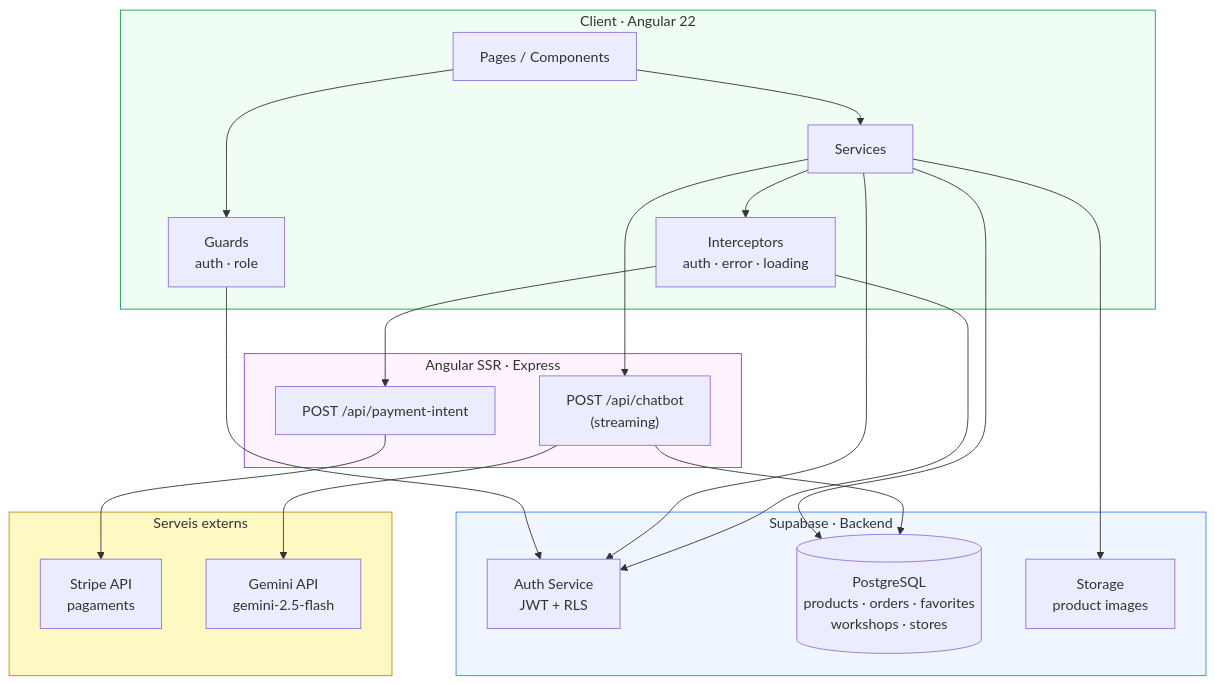
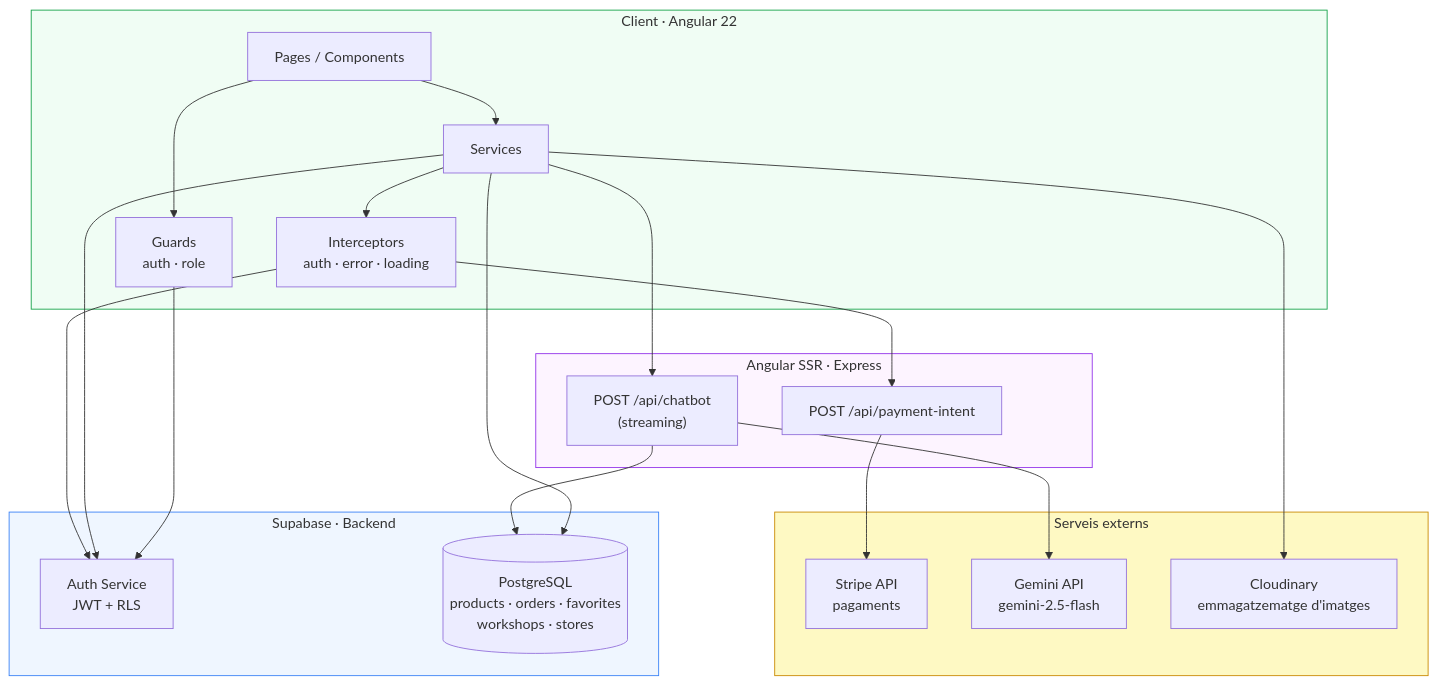
One commit to isahun/winter-garden changed the first of 8 diagrams in DIAGRAMS.md. Above: the diagram before and after it, drawn with Mermaid. The commit also changed 1 other file, not shown here.

Commit message:
docs(diagrams): remove diagrams file with mermaid code from .gitignore, ctrl shift v to visualize

````diff
--- a/DIAGRAMS.md
+++ b/DIAGRAMS.md
@@ -9,44 +9,44 @@
 ```mermaid
 graph TB
     subgraph Client["Client · Angular 22"]
         UI[Pages / Components]
         SVC[Services]
         INT["Interceptors<br/>auth · error · loading"]
         GRD["Guards<br/>auth · role"]
     end
 
     subgraph SSR["Angular SSR · Express"]
         API_PAY["POST /api/payment-intent"]
         API_CHAT["POST /api/chatbot<br/>(streaming)"]
     end
 
     subgraph Supabase["Supabase · Backend"]
         AUTH["Auth Service<br/>JWT + RLS"]
         DB[("PostgreSQL<br/>products · orders · favorites<br/>workshops · stores")]
-        STR["Storage<br/>product images"]
     end
 
     subgraph External["Serveis externs"]
         STRIPE["Stripe API<br/>pagaments"]
         GEMINI["Gemini API<br/>gemini-2.5-flash"]
+        CLOUDINARY["Cloudinary<br/>emmagatzematge d'imatges"]
     end
 
     UI --> SVC
     UI --> GRD
     GRD --> AUTH
     SVC --> AUTH
     SVC --> DB
-    SVC --> STR
     SVC --> INT
+    SVC --> CLOUDINARY
     INT --> AUTH
     INT --> API_PAY
     SVC --> API_CHAT
     API_PAY --> STRIPE
     API_CHAT --> DB
     API_CHAT --> GEMINI
 
     style Client fill:#f0fdf4,stroke:#16a34a
     style SSR fill:#fdf4ff,stroke:#9333ea
     style Supabase fill:#eff6ff,stroke:#3b82f6
     style External fill:#fef9c3,stroke:#ca8a04
 ```
````
